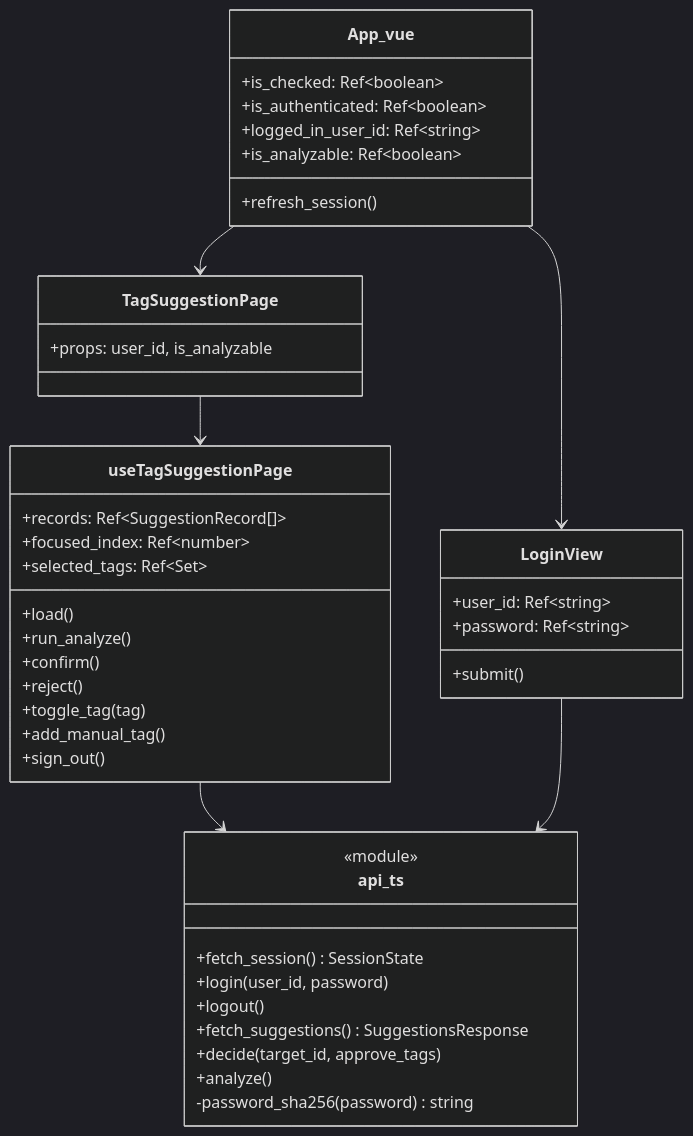
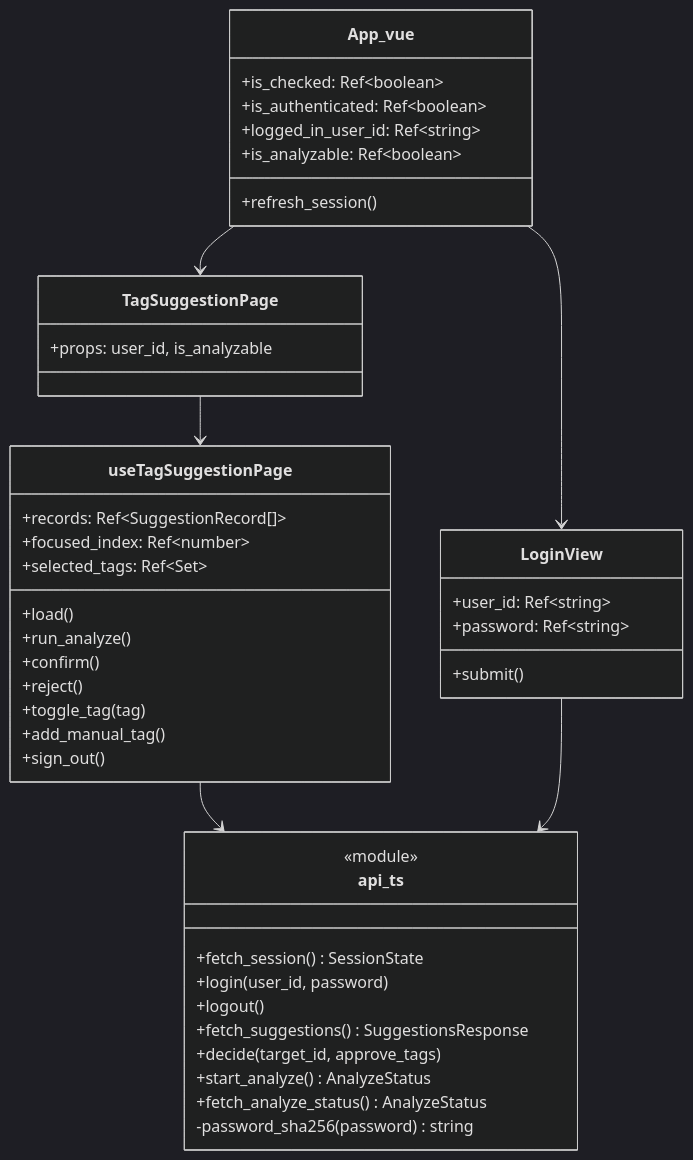
One commit to mt3hr/gkill_autocomplete changed the eighth of 8 diagrams in documents/reverse/class-diagrams.md. Above: the diagram before and after it, drawn with Mermaid (dark theme). The commit also changed 25 other files, not shown here.

````diff
--- a/documents/reverse/class-diagrams.md
+++ b/documents/reverse/class-diagrams.md
@@ -393,50 +393,51 @@
 ```mermaid
 classDiagram
     class App_vue {
         +is_checked: Ref~boolean~
         +is_authenticated: Ref~boolean~
         +logged_in_user_id: Ref~string~
         +is_analyzable: Ref~boolean~
         +refresh_session()
     }
 
     class LoginView {
         +user_id: Ref~string~
         +password: Ref~string~
         +submit()
     }
 
     class TagSuggestionPage {
         +props: user_id, is_analyzable
     }
 
     class useTagSuggestionPage {
         +records: Ref~SuggestionRecord[]~
         +focused_index: Ref~number~
         +selected_tags: Ref~Set~
         +load()
         +run_analyze()
         +confirm()
         +reject()
         +toggle_tag(tag)
         +add_manual_tag()
         +sign_out()
     }
 
     class api_ts {
         <<module>>
         +fetch_session() SessionState
         +login(user_id, password)
         +logout()
         +fetch_suggestions() SuggestionsResponse
         +decide(target_id, approve_tags)
-        +analyze()
+        +start_analyze() AnalyzeStatus
+        +fetch_analyze_status() AnalyzeStatus
         -password_sha256(password) string
     }
 
     App_vue --> LoginView
     App_vue --> TagSuggestionPage
     TagSuggestionPage --> useTagSuggestionPage
     useTagSuggestionPage --> api_ts
     LoginView --> api_ts
 ```
````
